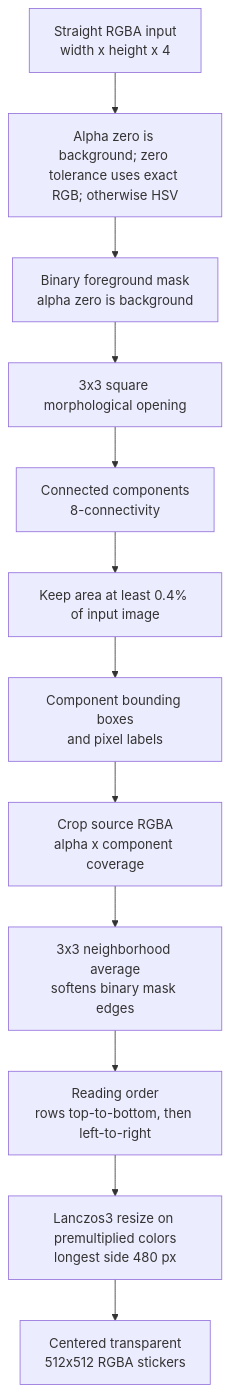
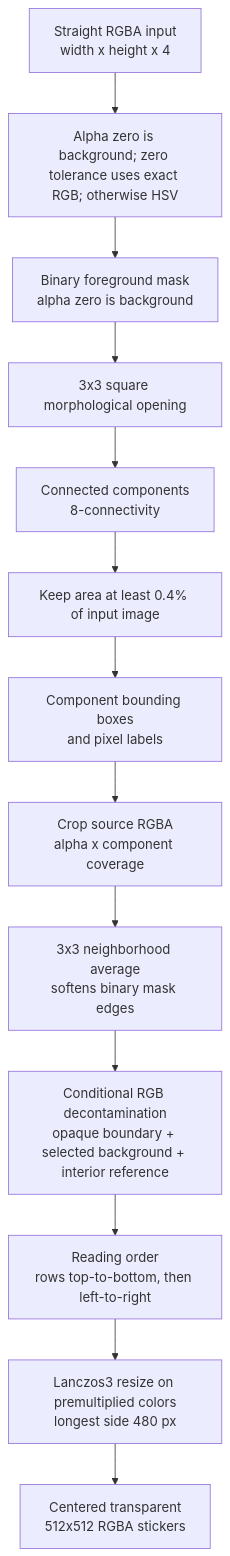
The first of 2 diagrams in ARCHITECTURE.md (LucasReSilva/Rusticker), drawn with Mermaid before and after one commit. The commit also changed other lines of this file and 8 other files, not shown here.

Commit message:
fix(core): reduce selected-background edge spill

````diff
--- a/ARCHITECTURE.md
+++ b/ARCHITECTURE.md
@@ -54,14 +56,15 @@
 ```mermaid
 flowchart TD
     A["Straight RGBA input<br/>width x height x 4"] --> B["Alpha zero is background; zero tolerance uses exact RGB; otherwise HSV"]
     B --> C["Binary foreground mask<br/>alpha zero is background"]
     C --> D["3x3 square morphological opening"]
     D --> E["Connected components<br/>8-connectivity"]
     E --> F["Keep area at least 0.4% of input image"]
     F --> G["Component bounding boxes<br/>and pixel labels"]
     G --> H["Crop source RGBA<br/>alpha x component coverage"]
     H --> I["3x3 neighborhood average<br/>softens binary mask edges"]
-    I --> J["Reading order<br/>rows top-to-bottom, then left-to-right"]
-    J --> K["Lanczos3 resize on premultiplied colors<br/>longest side 480 px"]
-    K --> L["Centered transparent<br/>512x512 RGBA stickers"]
+    I --> J["Conditional RGB decontamination<br/>opaque boundary + selected background + interior reference"]
+    J --> K["Reading order<br/>rows top-to-bottom, then left-to-right"]
+    K --> L["Lanczos3 resize on premultiplied colors<br/>longest side 480 px"]
+    L --> M["Centered transparent<br/>512x512 RGBA stickers"]
 ```
````
